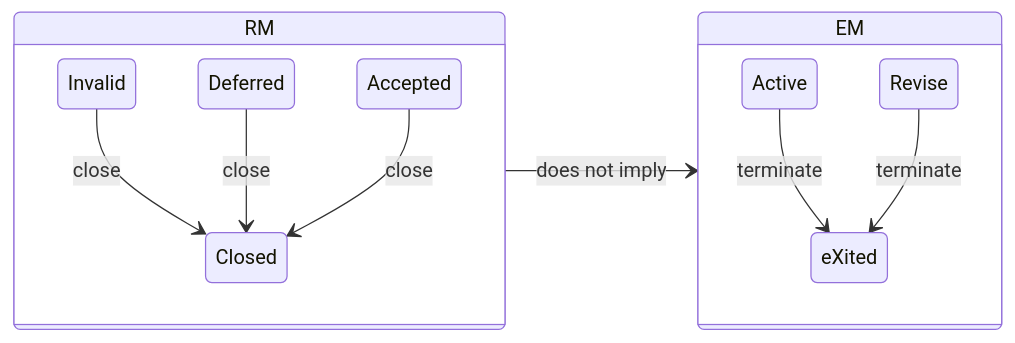
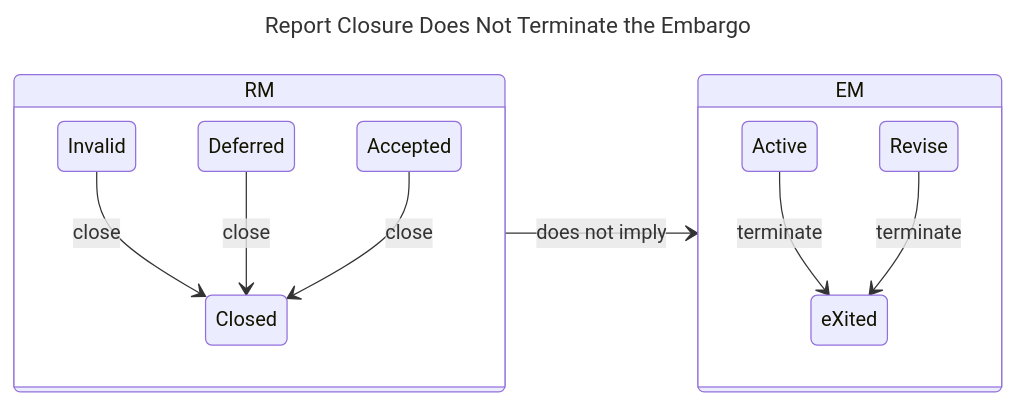
Before and after one commit to CERTCC/Vultron: diagram 11 of 11 in docs/topics/process_models/model_interactions/rm_em.md, drawn with Mermaid. The commit also changed other lines of this file and 44 other files, not shown here.

````diff
--- a/docs/topics/process_models/model_interactions/rm_em.md
+++ b/docs/topics/process_models/model_interactions/rm_em.md
@@ -311,14 +329,17 @@
 ```mermaid
+---
+title: Report Closure Does Not Terminate the Embargo
+---
 stateDiagram-v2
     direction LR
-state RM {
+    state RM {
         Invalid --> Closed: close
         Deferred --> Closed: close
         Accepted --> Closed: close
     }
     state EM {
         Active --> eXited: terminate
         Revise --> eXited: terminate
     }
     RM --> EM : does not imply
 ```
````
